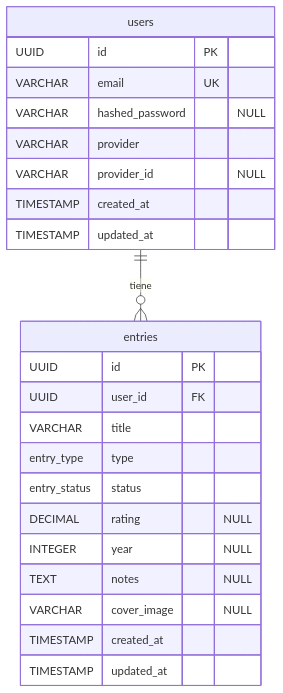
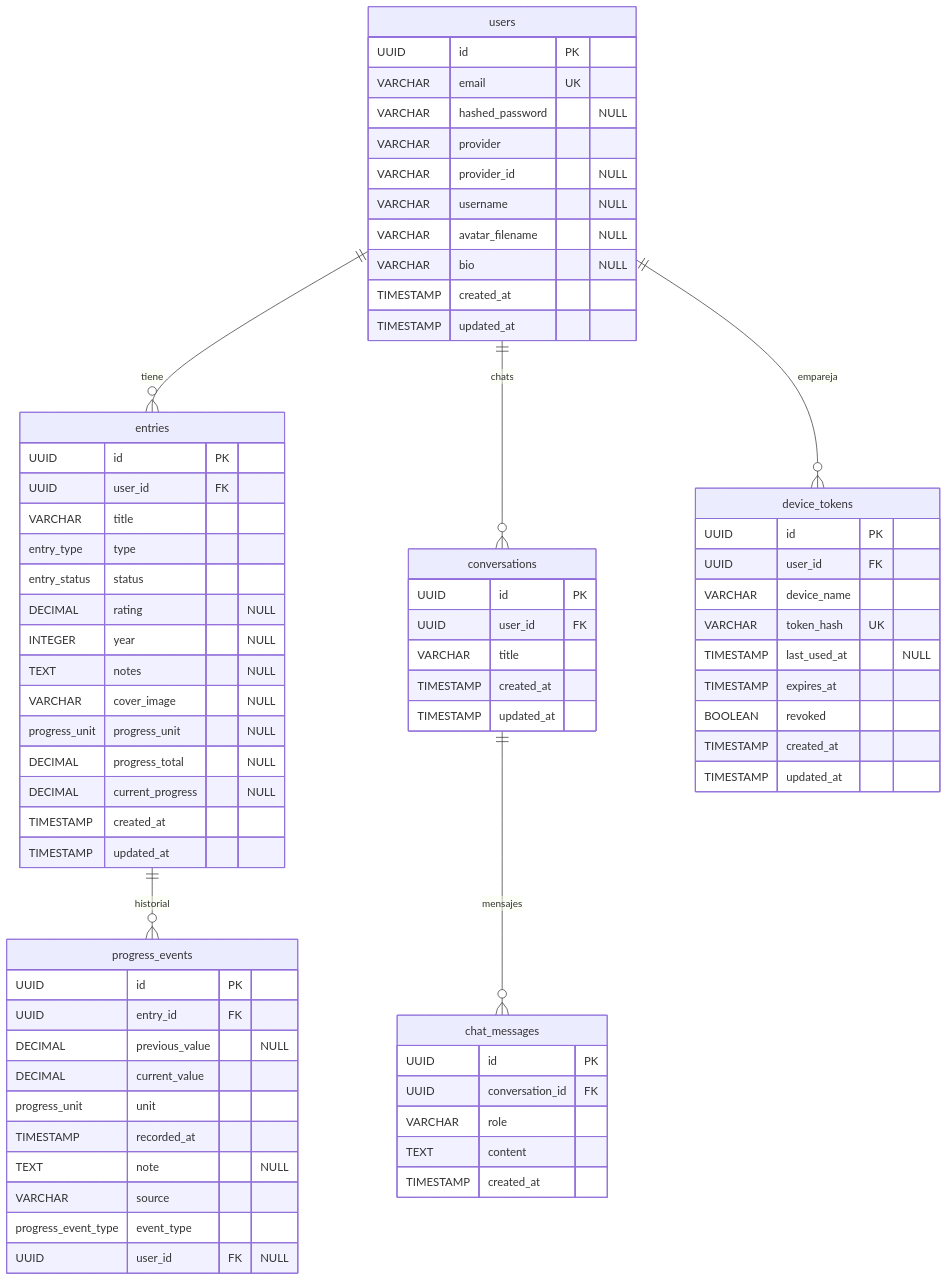
Before and after one commit to marmedsan6/GlyphLog: the diagram in docs/architecture/database.md, drawn with Mermaid. The commit also changed other lines of this file and 73 other files, not shown here.

````diff
--- a/docs/architecture/database.md
+++ b/docs/architecture/database.md
@@ -15,28 +15,79 @@
 ```mermaid
 erDiagram
     users {
         UUID id PK
         VARCHAR email UK
         VARCHAR hashed_password "NULL"
         VARCHAR provider
         VARCHAR provider_id "NULL"
+        VARCHAR username "NULL"
+        VARCHAR avatar_filename "NULL"
+        VARCHAR bio "NULL"
         TIMESTAMP created_at
         TIMESTAMP updated_at
     }
 
     entries {
         UUID id PK
         UUID user_id FK
         VARCHAR title
         entry_type type
         entry_status status
         DECIMAL rating "NULL"
         INTEGER year "NULL"
         TEXT notes "NULL"
         VARCHAR cover_image "NULL"
+        progress_unit progress_unit "NULL"
+        DECIMAL progress_total "NULL"
+        DECIMAL current_progress "NULL"
+        TIMESTAMP created_at
+        TIMESTAMP updated_at
+    }
+
+    progress_events {
+        UUID id PK
+        UUID entry_id FK
+        DECIMAL previous_value "NULL"
+        DECIMAL current_value
+        progress_unit unit
+        TIMESTAMP recorded_at
+        TEXT note "NULL"
+        VARCHAR source
+        progress_event_type event_type
+        UUID user_id FK "NULL"
+    }
+
+    conversations {
+        UUID id PK
+        UUID user_id FK
+        VARCHAR title
+        TIMESTAMP created_at
+        TIMESTAMP updated_at
+    }
+
+    chat_messages {
+        UUID id PK
+        UUID conversation_id FK
+        VARCHAR role
+        TEXT content
+        TIMESTAMP created_at
+    }
+
+    device_tokens {
+        UUID id PK
+        UUID user_id FK
+        VARCHAR device_name
+        VARCHAR token_hash UK
+        TIMESTAMP last_used_at "NULL"
+        TIMESTAMP expires_at
+        BOOLEAN revoked
         TIMESTAMP created_at
         TIMESTAMP updated_at
     }
 
     users ||--o{ entries : "tiene"
+    entries ||--o{ progress_events : "historial"
+    users ||--o{ conversations : "chats"
+    conversations ||--o{ chat_messages : "mensajes"
+    users ||--o{ device_tokens : "empareja"
 ```
````
